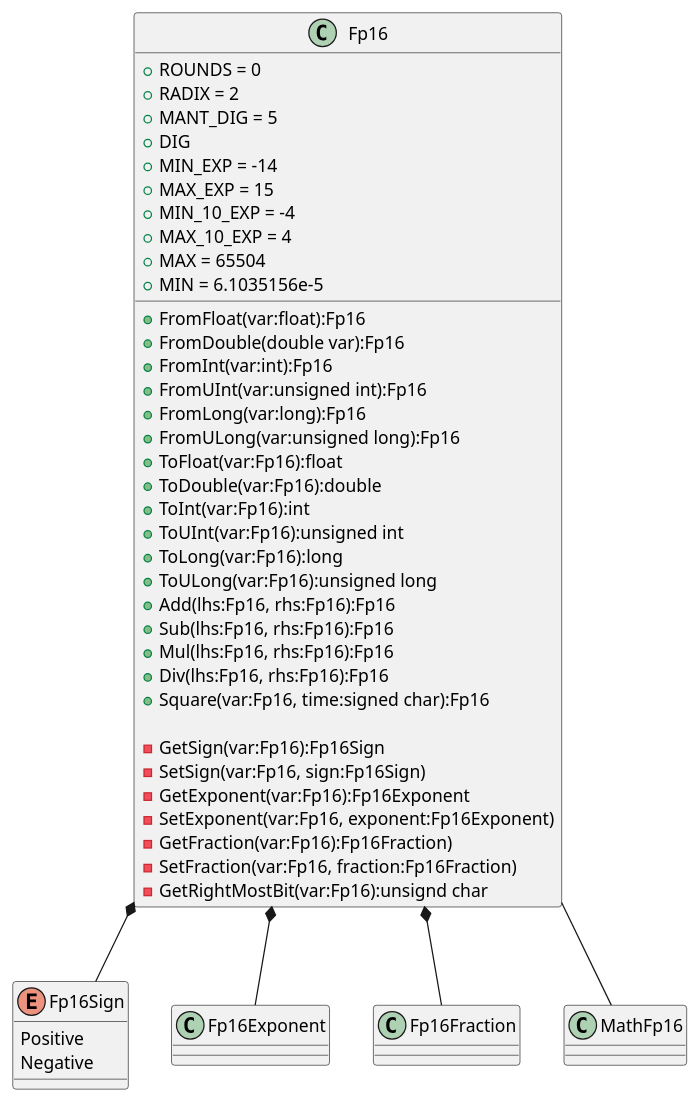
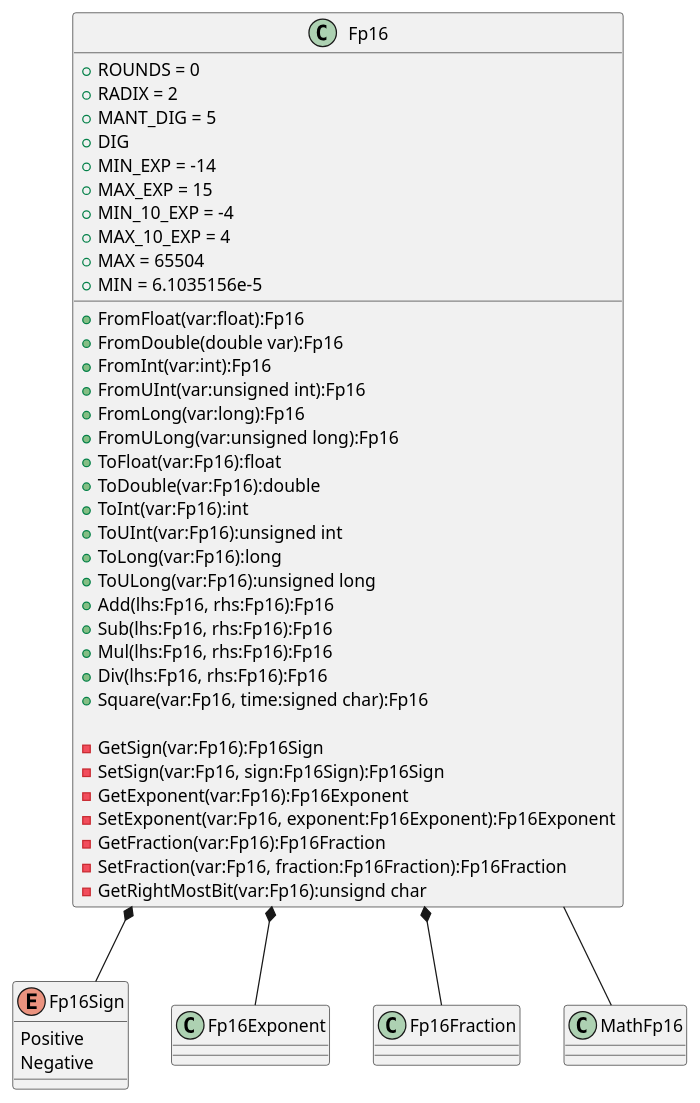
The diagram in class_diag.pu (nop0x0000/Fp16), drawn with PlantUML before and after one commit.

Commit message:
[modify] Modify return value.

```diff
--- a/class_diag.pu
+++ b/class_diag.pu
@@ -1,58 +1,58 @@
 @startuml
 class Fp16 {
     +ROUNDS = 0
     +RADIX = 2
     +MANT_DIG = 5
     +DIG
     +MIN_EXP = -14
     +MAX_EXP = 15
     +MIN_10_EXP = -4
     +MAX_10_EXP = 4
     +MAX = 65504
     +MIN = 6.1035156e-5
 
 
     +FromFloat(var:float):Fp16
     +FromDouble(double var):Fp16
     +FromInt(var:int):Fp16
     +FromUInt(var:unsigned int):Fp16
     +FromLong(var:long):Fp16
     +FromULong(var:unsigned long):Fp16
     +ToFloat(var:Fp16):float
     +ToDouble(var:Fp16):double
     +ToInt(var:Fp16):int
     +ToUInt(var:Fp16):unsigned int
     +ToLong(var:Fp16):long
     +ToULong(var:Fp16):unsigned long
     +Add(lhs:Fp16, rhs:Fp16):Fp16
     +Sub(lhs:Fp16, rhs:Fp16):Fp16
     +Mul(lhs:Fp16, rhs:Fp16):Fp16
     +Div(lhs:Fp16, rhs:Fp16):Fp16
     +Square(var:Fp16, time:signed char):Fp16
 
     -GetSign(var:Fp16):Fp16Sign
-    -SetSign(var:Fp16, sign:Fp16Sign)
+    -SetSign(var:Fp16, sign:Fp16Sign):Fp16Sign
     -GetExponent(var:Fp16):Fp16Exponent
-    -SetExponent(var:Fp16, exponent:Fp16Exponent)
-    -GetFraction(var:Fp16):Fp16Fraction)
-    -SetFraction(var:Fp16, fraction:Fp16Fraction)
+    -SetExponent(var:Fp16, exponent:Fp16Exponent):Fp16Exponent
+    -GetFraction(var:Fp16):Fp16Fraction
+    -SetFraction(var:Fp16, fraction:Fp16Fraction):Fp16Fraction
     -GetRightMostBit(var:Fp16):unsignd char
 }
 
 enum Fp16Sign {
     Positive
     Negative
 }
 
 class Fp16Exponent
 
 class Fp16Fraction
 
 class MathFp16 {
 }
 
 Fp16 *-- Fp16Sign
 Fp16 *-- Fp16Exponent
 Fp16 *-- Fp16Fraction
 Fp16 -- MathFp16
 @enduml
```
